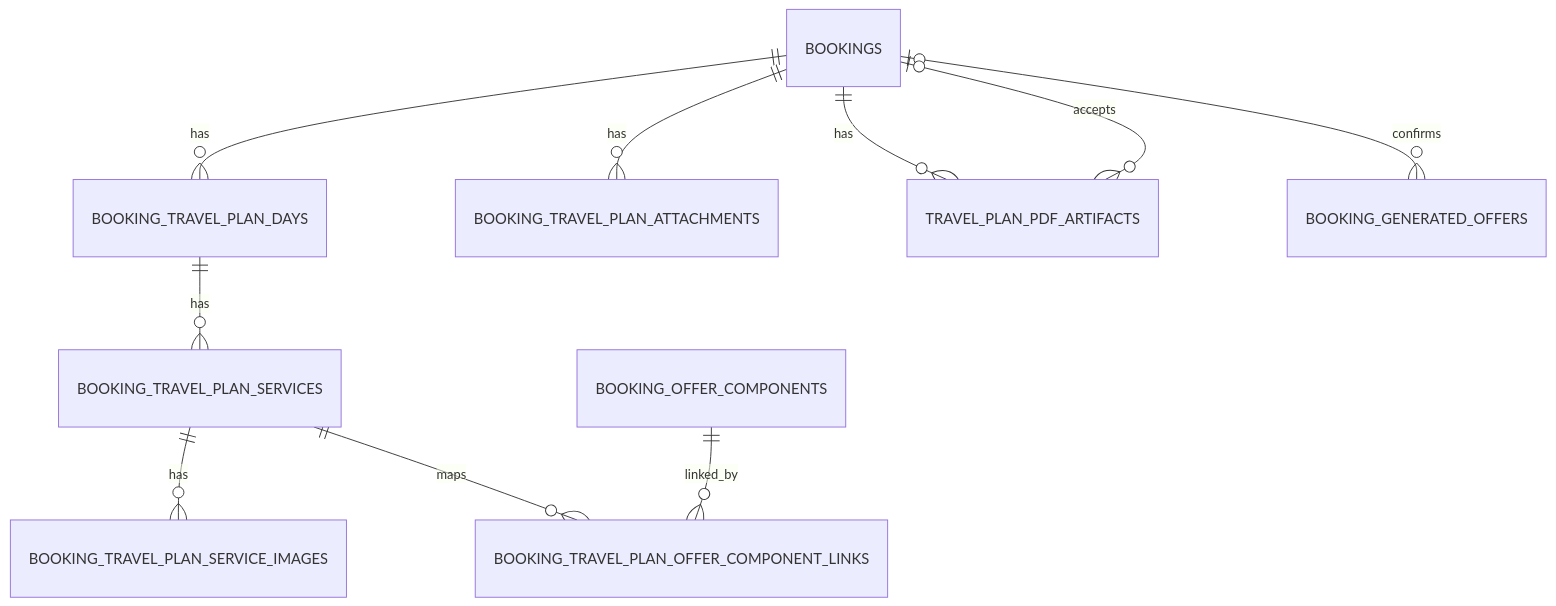
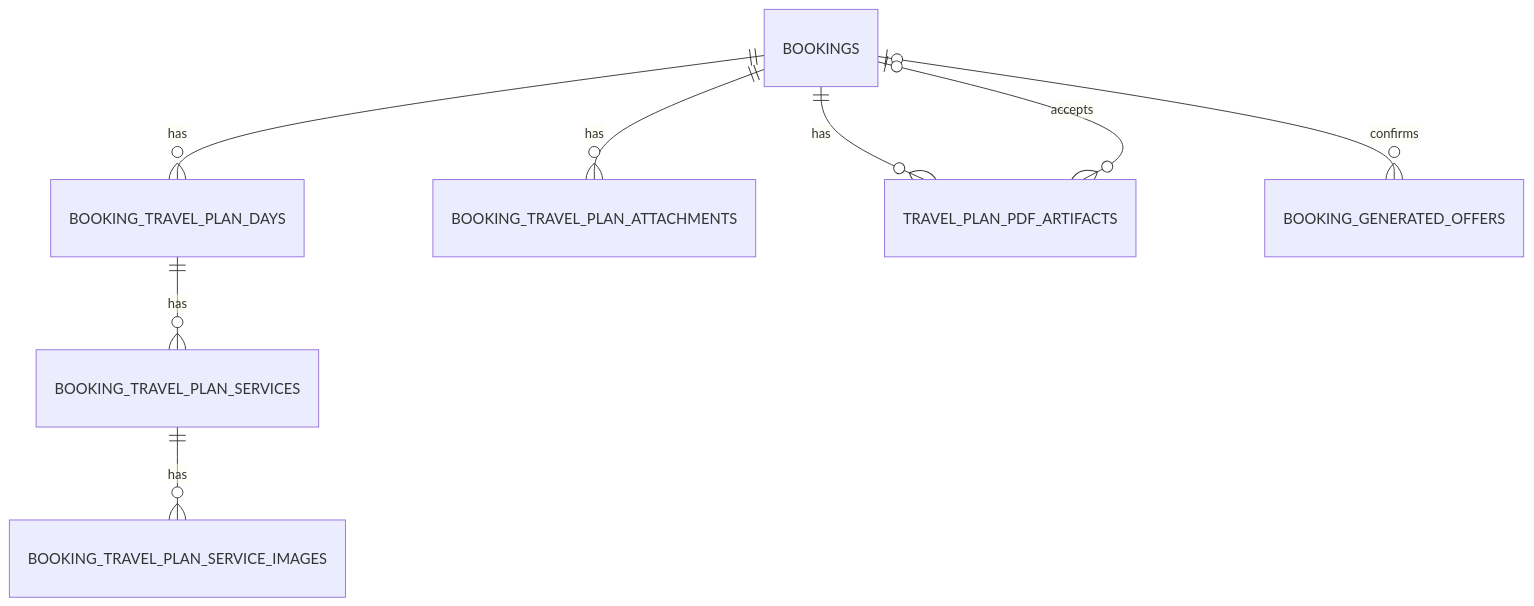
The third of 4 diagrams in documentation/concept/json_to_database.md (joachimneumann/travelagency), drawn with Mermaid before and after one commit. The commit also changed other lines of this file and 48 other files, not shown here.

Commit message:
offer_component removed

````diff
--- a/documentation/concept/json_to_database.md
+++ b/documentation/concept/json_to_database.md
@@ -753,12 +719,10 @@
 ```mermaid
 erDiagram
     BOOKINGS ||--o{ BOOKING_TRAVEL_PLAN_DAYS : has
     BOOKING_TRAVEL_PLAN_DAYS ||--o{ BOOKING_TRAVEL_PLAN_SERVICES : has
     BOOKING_TRAVEL_PLAN_SERVICES ||--o{ BOOKING_TRAVEL_PLAN_SERVICE_IMAGES : has
-    BOOKING_TRAVEL_PLAN_SERVICES ||--o{ BOOKING_TRAVEL_PLAN_OFFER_COMPONENT_LINKS : maps
-    BOOKING_OFFER_COMPONENTS ||--o{ BOOKING_TRAVEL_PLAN_OFFER_COMPONENT_LINKS : linked_by
     BOOKINGS ||--o{ BOOKING_TRAVEL_PLAN_ATTACHMENTS : has
     BOOKINGS ||--o{ TRAVEL_PLAN_PDF_ARTIFACTS : has
     BOOKINGS o|--o{ BOOKING_GENERATED_OFFERS : confirms
     BOOKINGS o|--o{ TRAVEL_PLAN_PDF_ARTIFACTS : accepts
 ```
````
